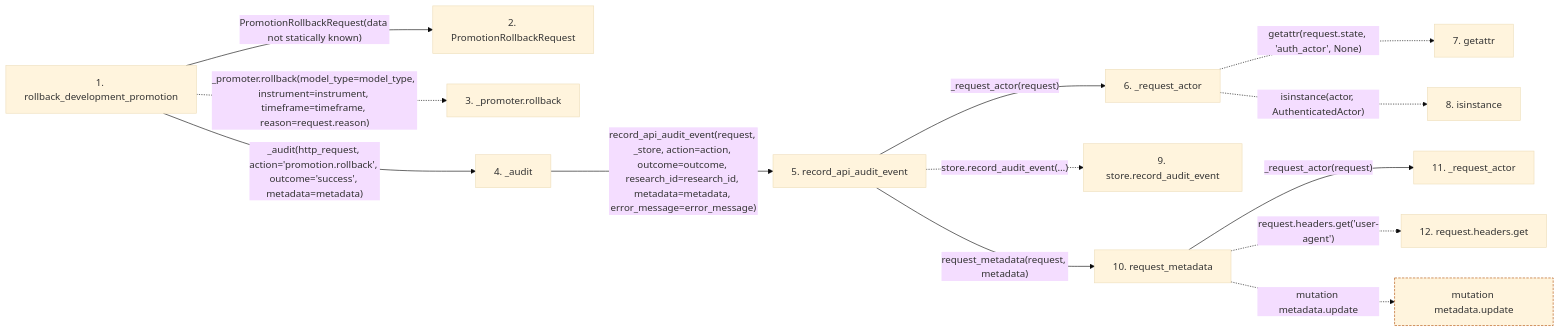
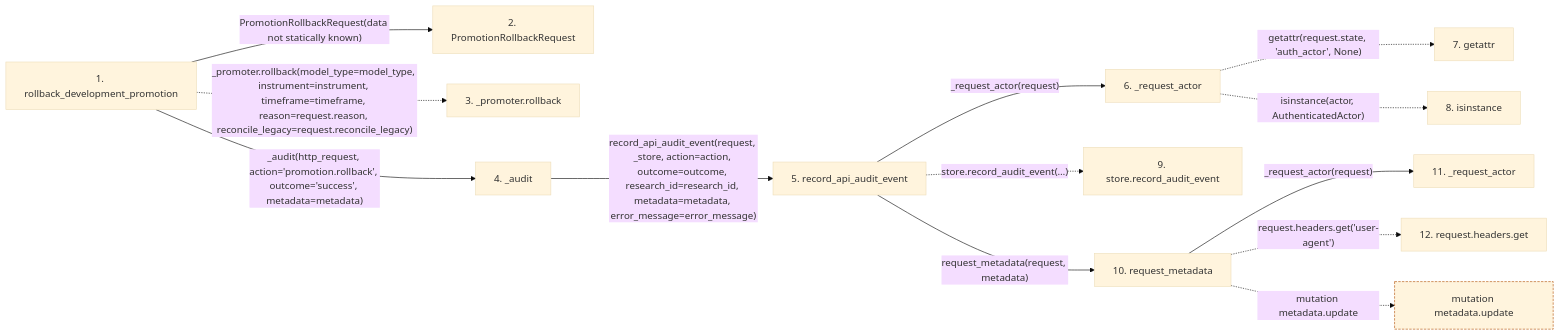
The second of 2 diagrams in docs/llm_wiki/flows/http-rollback_development_promotion.md (Denissvgn/autoresearch-agent), drawn with Mermaid (base theme) before and after one commit. The commit also changed other lines of this file and 1033 other files, not shown here.

````diff
--- a/docs/llm_wiki/flows/http-rollback_development_promotion.md
+++ b/docs/llm_wiki/flows/http-rollback_development_promotion.md
@@ -56,37 +56,37 @@
 ```mermaid
 flowchart LR
     s1["1. rollback_development_promotion"]
     s2["2. PromotionRollbackRequest"]
     s3["3. _promoter.rollback"]
     s4["4. _audit"]
     s5["5. record_api_audit_event"]
     s6["6. _request_actor"]
     s7["7. getattr"]
     s8["8. isinstance"]
     s9["9. store.record_audit_event"]
     s10["10. request_metadata"]
     s11["11. _request_actor"]
     s12["12. request.headers.get"]
     s1 -->|"PromotionRollbackRequest(data not statically known)"| s2
-    s1 -. "_promoter.rollback(model_type=model_type, instrument=instrument, timeframe=timeframe, reason=request.reason)" .-> s3
+    s1 -. "_promoter.rollback(model_type=model_type, instrument=instrument, timeframe=timeframe, reason=request.reason, reconcile_legacy=request.reconcile_legacy)" .-> s3
     s1 -->|"_audit(http_request, action='promotion.rollback', outcome='success', metadata=metadata)"| s4
     s4 -->|"record_api_audit_event(request, _store, action=action, outcome=outcome, research_id=research_id, metadata=metadata, error_message=error_message)"| s5
     s5 -->|"_request_actor(request)"| s6
     s6 -. "getattr(request.state, 'auth_actor', None)" .-> s7
     s6 -. "isinstance(actor, AuthenticatedActor)" .-> s8
     s5 -. "store.record_audit_event(…)" .-> s9
     s5 -->|"request_metadata(request, metadata)"| s10
     s10 -->|"_request_actor(request)"| s11
     s10 -. "request.headers.get('user-agent')" .-> s12
     b0["mutation metadata.update"]
     s10 -. "mutation metadata.update" .-> b0
     click s1 "../modules/promotion.md"
     click s2 "../modules/promotion.md"
     click s4 "../modules/promotion.md"
     click s5 "../modules/audit.md"
     click s6 "../modules/audit.md"
     click s10 "../modules/audit.md"
     click s11 "../modules/audit.md"
     classDef boundary stroke:#b45309,stroke-dasharray: 4 2
     class b0 boundary
 ```
````
